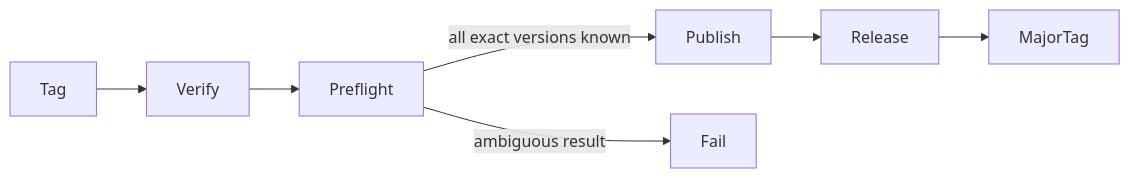
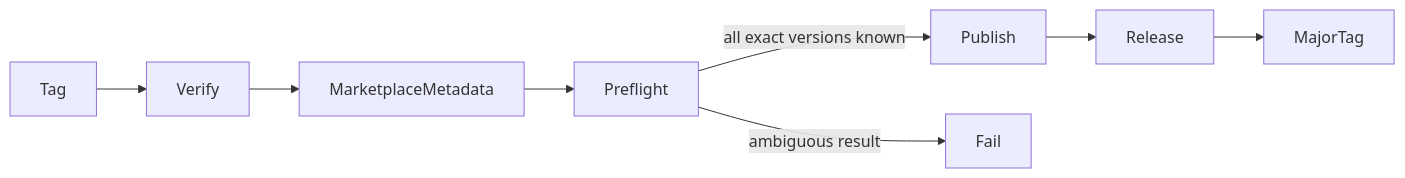
The first of 3 diagrams in scripts/AGENTS.md (streamentry/AGENTOWNERS), drawn with Mermaid before and after one commit. The commit also changed other lines of this file and 10 other files, not shown here.

Commit message:
test(release): verify Marketplace metadata

````diff
--- a/scripts/AGENTS.md
+++ b/scripts/AGENTS.md
@@ -22,7 +24,8 @@
 ```mermaid
 flowchart LR
-  Tag --> Verify --> Preflight
+  Tag --> Verify --> MarketplaceMetadata
+  MarketplaceMetadata --> Preflight
   Preflight -->|all exact versions known| Publish
   Preflight -->|ambiguous result| Fail
   Publish --> Release --> MajorTag
 ```
````
